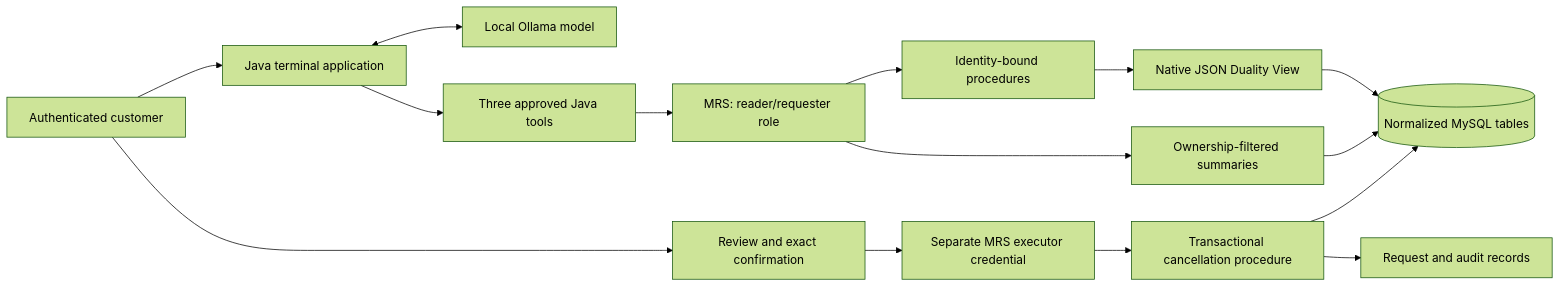
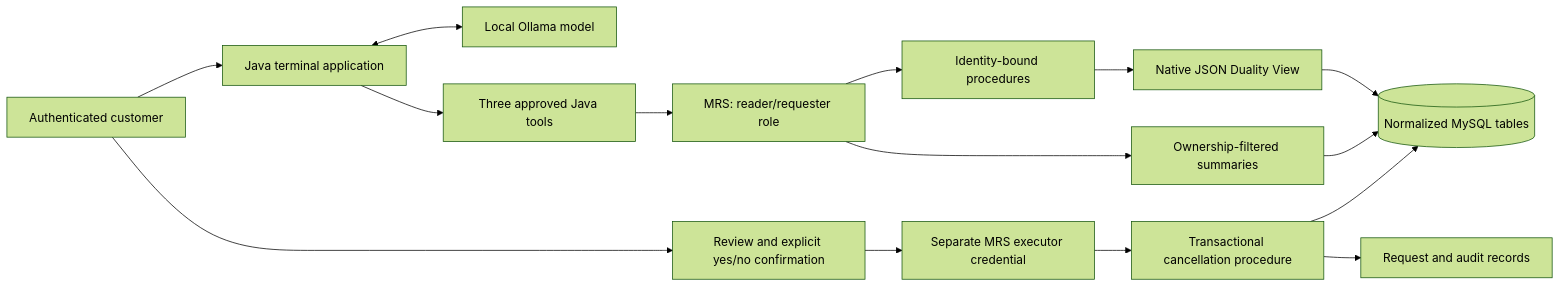
Before and after one commit to rokon12/order-duality: the diagram in docs/mrs-agent.md, drawn with Mermaid (forest theme). The commit also changed other lines of this file and 32 other files, not shown here.

````diff
--- a/docs/mrs-agent.md
+++ b/docs/mrs-agent.md
@@ -59,17 +118,17 @@
 ```mermaid
 flowchart LR
     H[Authenticated customer] --> J[Java terminal application]
     J <--> L[Local Ollama model]
     J --> T[Three approved Java tools]
     T --> R[MRS: reader/requester role]
     R --> V[Ownership-filtered summaries]
     R --> P[Identity-bound procedures]
     P --> D[Native JSON Duality View]
     D --> DB[(Normalized MySQL tables)]
     V --> DB
-    H --> C[Review and exact confirmation]
+    H --> C[Review and explicit yes/no confirmation]
     C --> E[Separate MRS executor credential]
     E --> X[Transactional cancellation procedure]
     X --> DB
     X --> A[Request and audit records]
 ```
````
